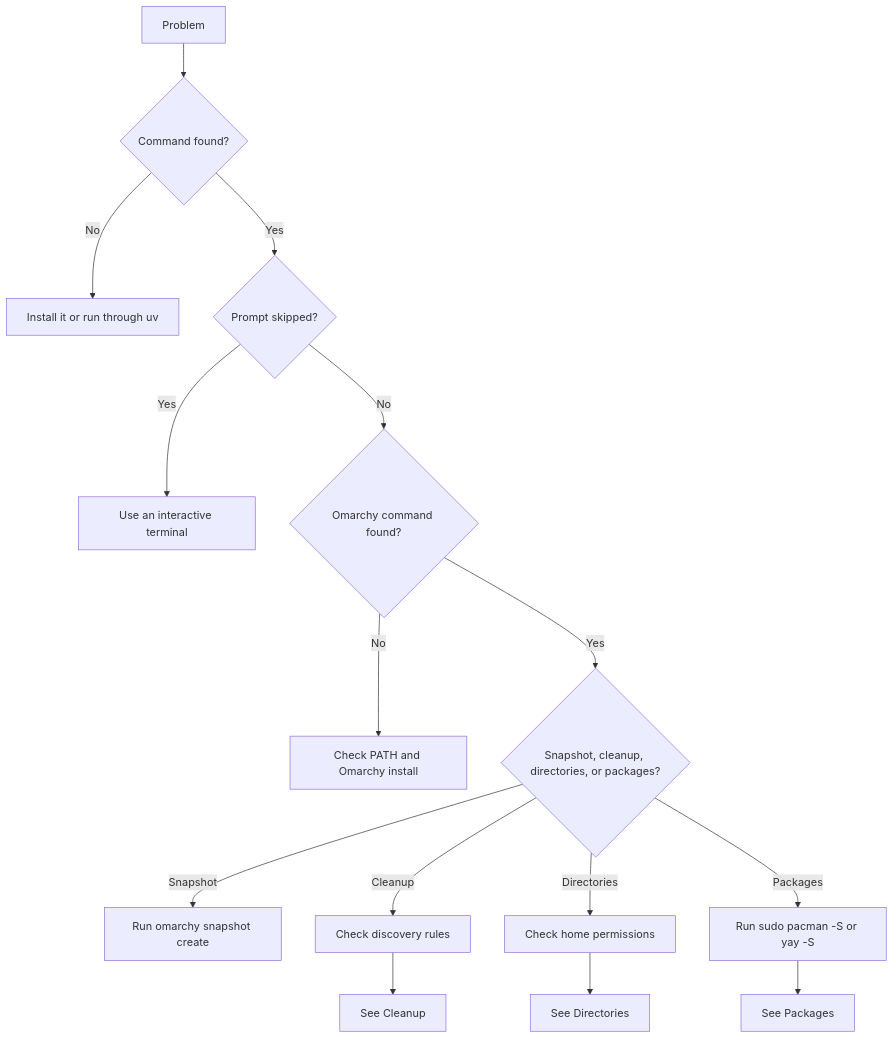
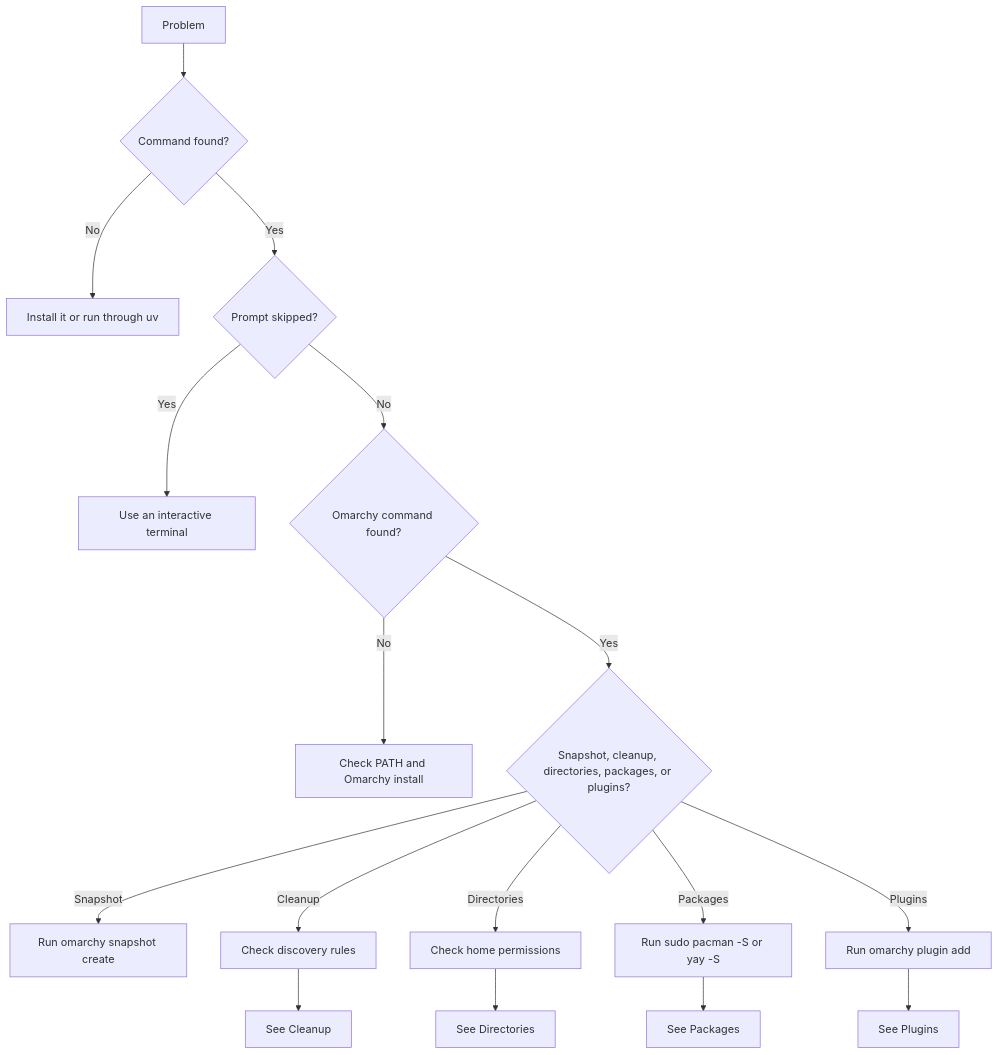
One commit to Armoghans-Organization/Omarchy-Tweaker changed the first of 2 diagrams in docs/troubleshooting.md. Above: the diagram before and after it, drawn with Mermaid. The commit also changed other lines of this file and 22 other files, not shown here.

Commit message:
feat(plugins): add shell plugin installation and docs

````diff
--- a/docs/troubleshooting.md
+++ b/docs/troubleshooting.md
@@ -12,17 +12,19 @@
 ```mermaid
 flowchart TD
     A[Problem] --> B{Command found?}
     B -- No --> C[Install it or run through uv]
     B -- Yes --> D{Prompt skipped?}
     D -- Yes --> E[Use an interactive terminal]
     D -- No --> F{Omarchy command found?}
     F -- No --> G[Check PATH and Omarchy install]
-    F -- Yes --> H{Snapshot, cleanup, directories, or packages?}
+    F -- Yes --> H{Snapshot, cleanup, directories, packages, or plugins?}
     H -- Snapshot --> I[Run omarchy snapshot create]
     H -- Cleanup --> J[Check discovery rules]
     J --> K[See Cleanup]
     H -- Directories --> L[Check home permissions]
     L --> M[See Directories]
     H -- Packages --> N[Run sudo pacman -S or yay -S]
     N --> O[See Packages]
+    H -- Plugins --> P[Run omarchy plugin add]
+    P --> Q[See Plugins]
 ```
````
